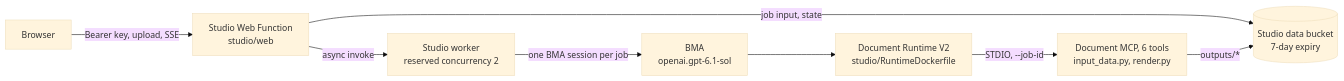
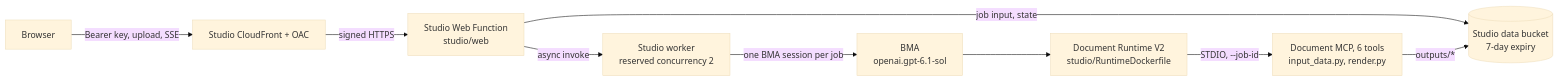
One commit to whchoi98/bma-openai changed the third of 6 diagrams in docs/architecture.md. Above: the diagram before and after it, drawn with Mermaid (base theme). The commit also changed other lines of this file and 38 other files, not shown here.

First line of the commit message:
feat: serve both Web Functions through CloudFront with Lambda Web OAC

````diff
--- a/docs/architecture.md
+++ b/docs/architecture.md
@@ -156,10 +203,11 @@
 ```mermaid
 flowchart LR
-    U[Browser] -->|Bearer key, upload, SSE| SW[Studio Web Function<br/>studio/web]
+    U[Browser] -->|Bearer key, upload, SSE| SE[Studio CloudFront + OAC]
+    SE -->|signed HTTPS| SW[Studio Web Function<br/>studio/web]
     SW -->|job input, state| SD[(Studio data bucket<br/>7-day expiry)]
     SW -->|async invoke| SK[Studio worker<br/>reserved concurrency 2]
     SK -->|one BMA session per job| SB[BMA<br/>openai.gpt-6.1-sol]
     SB --> SR[Document Runtime V2<br/>studio/RuntimeDockerfile]
     SR -->|STDIO, --job-id| SM[Document MCP, 6 tools<br/>input_data.py, render.py]
     SM -->|outputs/*| SD
 ```
````
